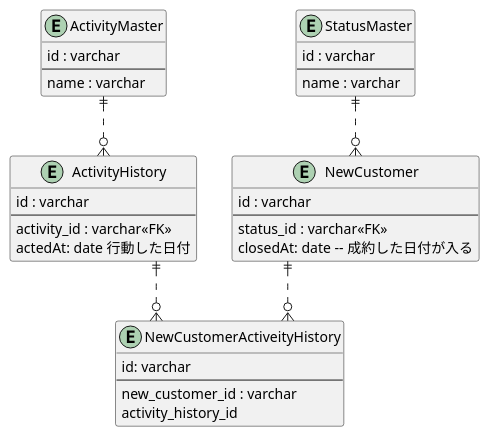
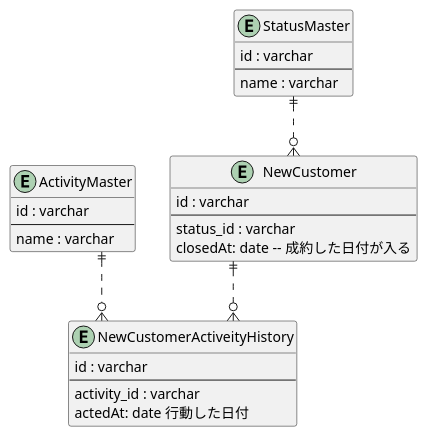
One commit to kai815/PrAhaChallenge changed the diagram in db/anti-pattern/five/answer.pu. Above: the diagram before and after it, drawn with PlantUML. The commit also changed 1 other file, not shown here.

```diff
--- a/db/anti-pattern/five/answer.pu
+++ b/db/anti-pattern/five/answer.pu
@@ -1,44 +1,37 @@
 @startuml
 
 
 ' avoid problems with angled crows feet
 skinparam linetype ortho
 
 entity "NewCustomer" as nc {
   id : varchar
   --
-  status_id : varchar<<FK>>
+  status_id : varchar
   closedAt: date -- 成約した日付が入る
 }
 
-entity "ActivityHistory" as ah {
+entity "NewCustomerActiveityHistory" as ncah {
   id : varchar
   --
-  activity_id : varchar<<FK>>
+  activity_id : varchar
   actedAt: date 行動した日付
 }
 
 entity "ActivityMaster" as am {
   id : varchar
   --
   name : varchar
 }
 
 entity "StatusMaster" as sm {
   id : varchar
   --
   name : varchar
 }
 
-entity "NewCustomerActiveityHistory" as ncah {
-  id: varchar
-  --
-  new_customer_id : varchar
-  activity_history_id
-}
 
 nc ||..o{ ncah
-ah ||..o{ ncah
-am ||..o{ ah
+am ||..o{ ncah
 sm ||..o{ nc
 @enduml
```
